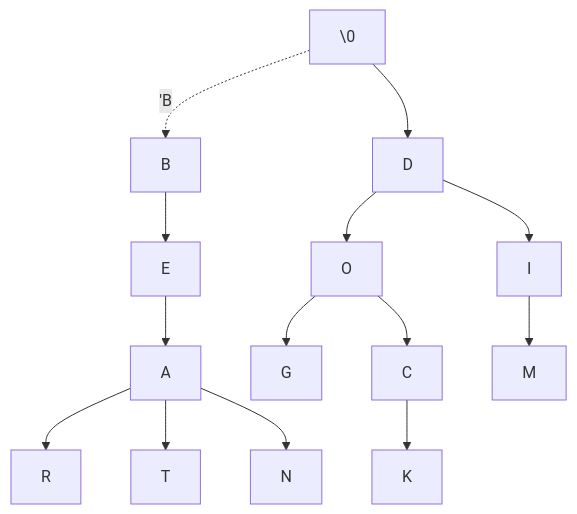
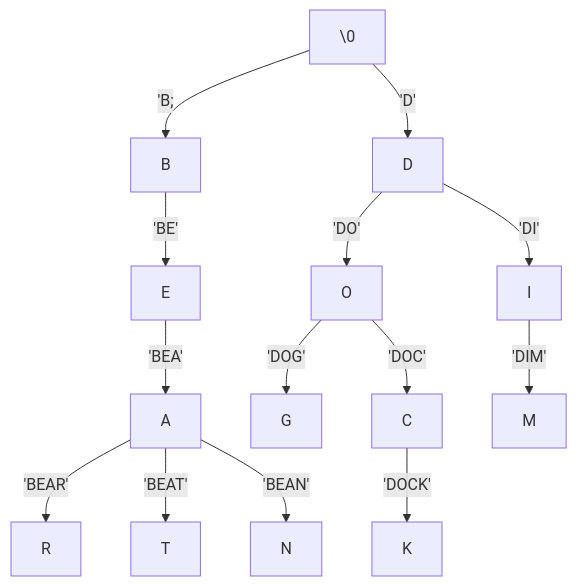
One commit to mmcnally1/arduino-projects changed the diagram in morse-code/README.md. Above: the diagram before and after it, drawn with Mermaid.

````diff
--- a/morse-code/README.md
+++ b/morse-code/README.md
@@ -9,16 +9,16 @@
 ```mermaid
 graph TD;
-\0 -. 'B .-> B
-\0 --> D
-B --> E
-E --> A
-A --> R
-A --> T
-A --> N
-D --> O
-O --> G
-O --> C
-C --> K
-D --> I
-I --> M
+\0 -- 'B; --> B
+\0 -- 'D' --> D
+B -- 'BE' --> E
+E -- 'BEA' --> A
+A -- 'BEAR' --> R
+A -- 'BEAT' --> T
+A -- 'BEAN' --> N
+D -- 'DO' --> O
+O -- 'DOG' --> G
+O -- 'DOC' --> C
+C -- 'DOCK' --> K
+D -- 'DI' --> I
+I -- 'DIM' --> M
 ```
````
